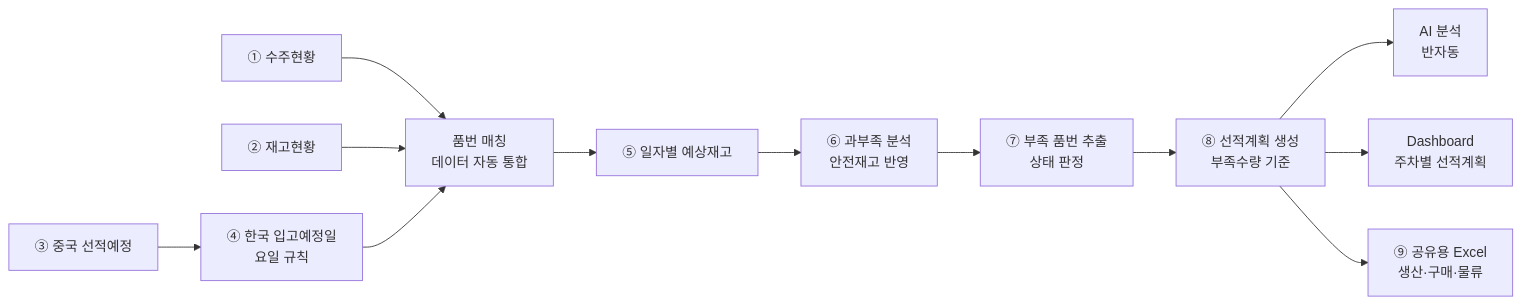
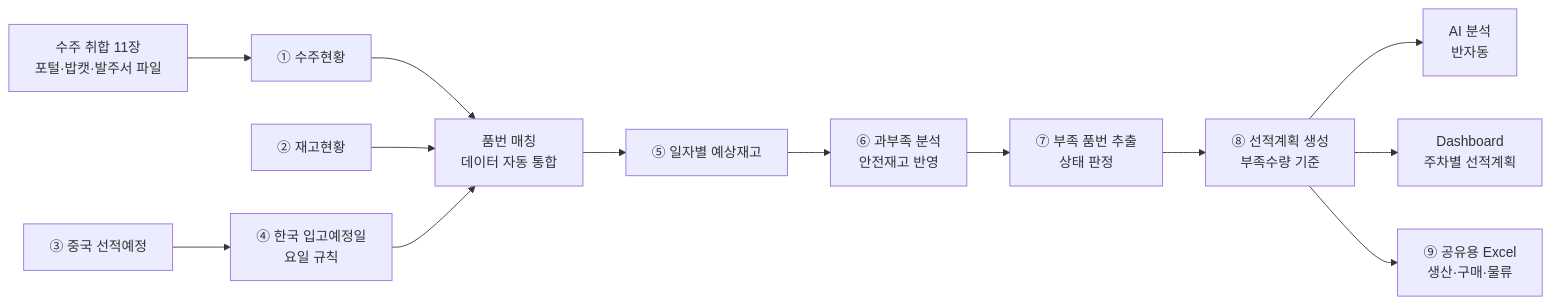
The first of 2 diagrams in docs/01_프로젝트_기획서.md (aebonlee/data09-18), drawn with Mermaid before and after one commit. The commit also changed other lines of this file and 69 other files, not shown here.

````diff
--- a/docs/01_프로젝트_기획서.md
+++ b/docs/01_프로젝트_기획서.md
@@ -73,14 +75,15 @@
 ```mermaid
 flowchart LR
+  Q[수주 취합 11장<br/>포털·밥캣·발주서 파일] --> O
   O[① 수주현황] --> N[품번 매칭<br/>데이터 자동 통합]
   I[② 재고현황] --> N
   S[③ 중국 선적예정] --> A[④ 한국 입고예정일<br/>요일 규칙]
   A --> N
   N --> P[⑤ 일자별 예상재고]
   P --> G[⑥ 과부족 분석<br/>안전재고 반영]
   G --> L[⑦ 부족 품번 추출<br/>상태 판정]
   L --> SP[⑧ 선적계획 생성<br/>부족수량 기준]
   SP --> AI[AI 분석<br/>반자동]
   SP --> D[Dashboard<br/>주차별 선적계획]
   SP --> X[⑨ 공유용 Excel<br/>생산·구매·물류]
 ```
````
